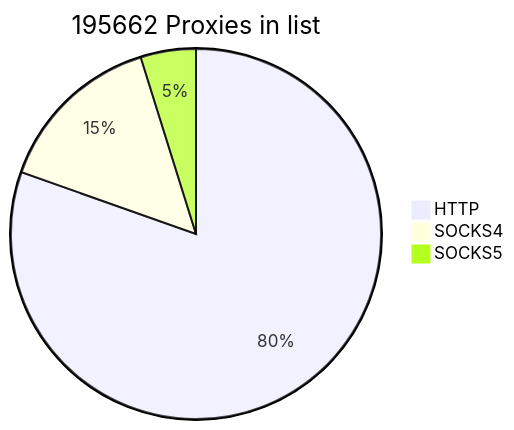
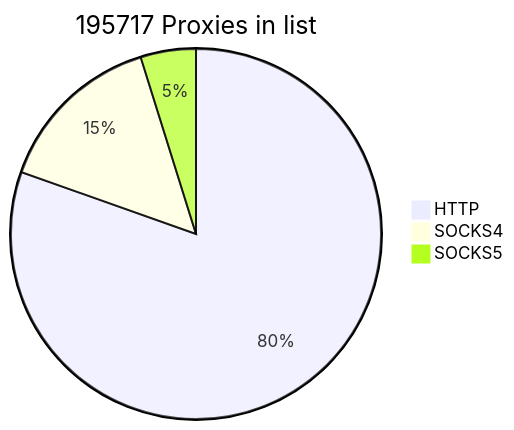
Before and after one commit to cutipu/proxylist: the first of 2 diagrams in README.md, drawn with Mermaid. The commit also changed other lines of this file, not shown here.

````diff
--- a/README.md
+++ b/README.md
@@ -2,7 +2,7 @@
 ```mermaid
-pie title 195662 Proxies in list
-    "HTTP" : 157344
-    "SOCKS4" : 28877
-    "SOCKS5" : 9441
+pie title 195717 Proxies in list
+    "HTTP" : 157398
+    "SOCKS4" : 28876
+    "SOCKS5" : 9443
             
 ```
````
